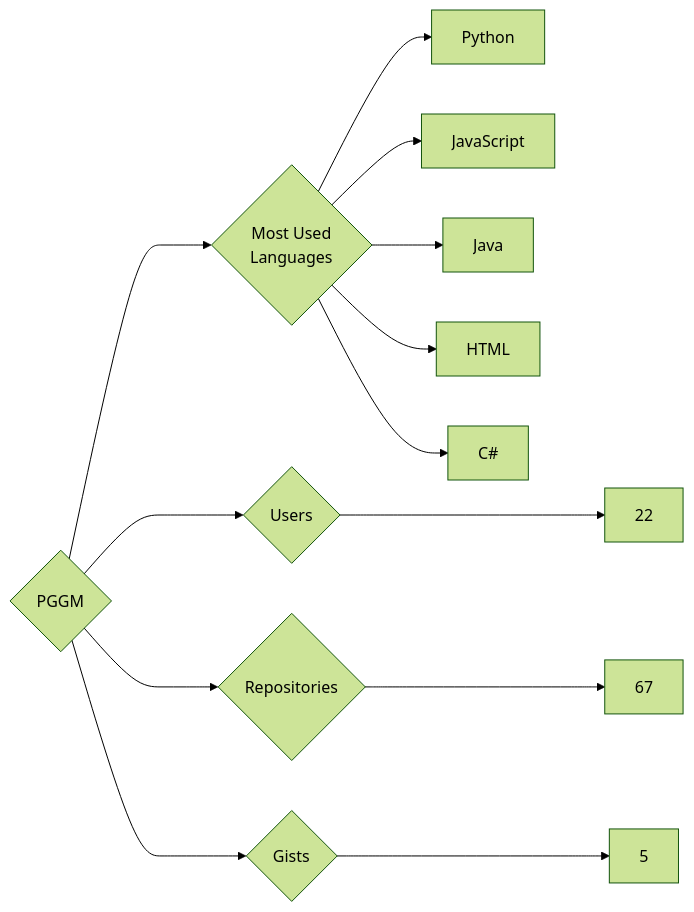
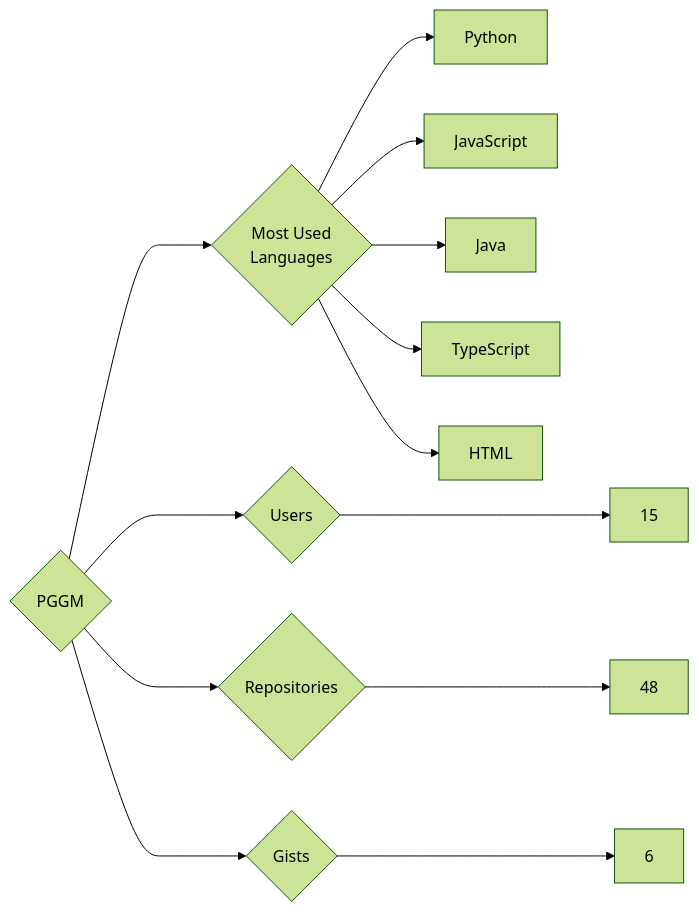
The diagram in targets/PGGM/README.md (trickest/insiders), drawn with Mermaid (forest theme) before and after one commit. The commit also changed 799 other files, not shown here.

````diff
--- a/targets/PGGM/README.md
+++ b/targets/PGGM/README.md
@@ -3,13 +3,13 @@
 ```mermaid
 graph LR
 COMPANY_NAME{PGGM}
-COMPANY_NAME ---> U{Users} ---> UN[22]
-COMPANY_NAME ---> R{Repositories} ---> RN[67]
-COMPANY_NAME ---> G{Gists} ---> GN[5]
+COMPANY_NAME ---> U{Users} ---> UN[15]
+COMPANY_NAME ---> R{Repositories} ---> RN[48]
+COMPANY_NAME ---> G{Gists} ---> GN[6]
 COMPANY_NAME ---> ML{Most Used<br>Languages}
 ML --> Python[Python]
 ML --> JavaScript[JavaScript]
 ML --> Java[Java]
+ML --> TypeScript[TypeScript]
 ML --> HTML[HTML]
-ML --> C#[C#]
 ```
````
